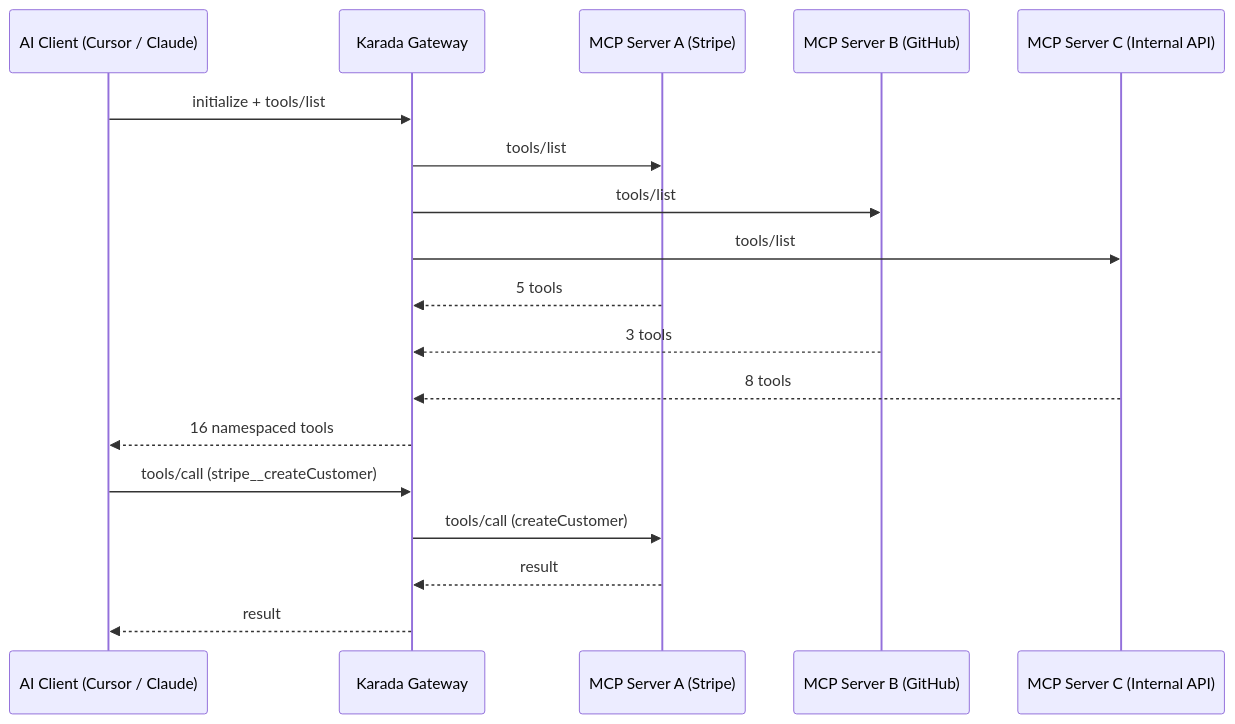
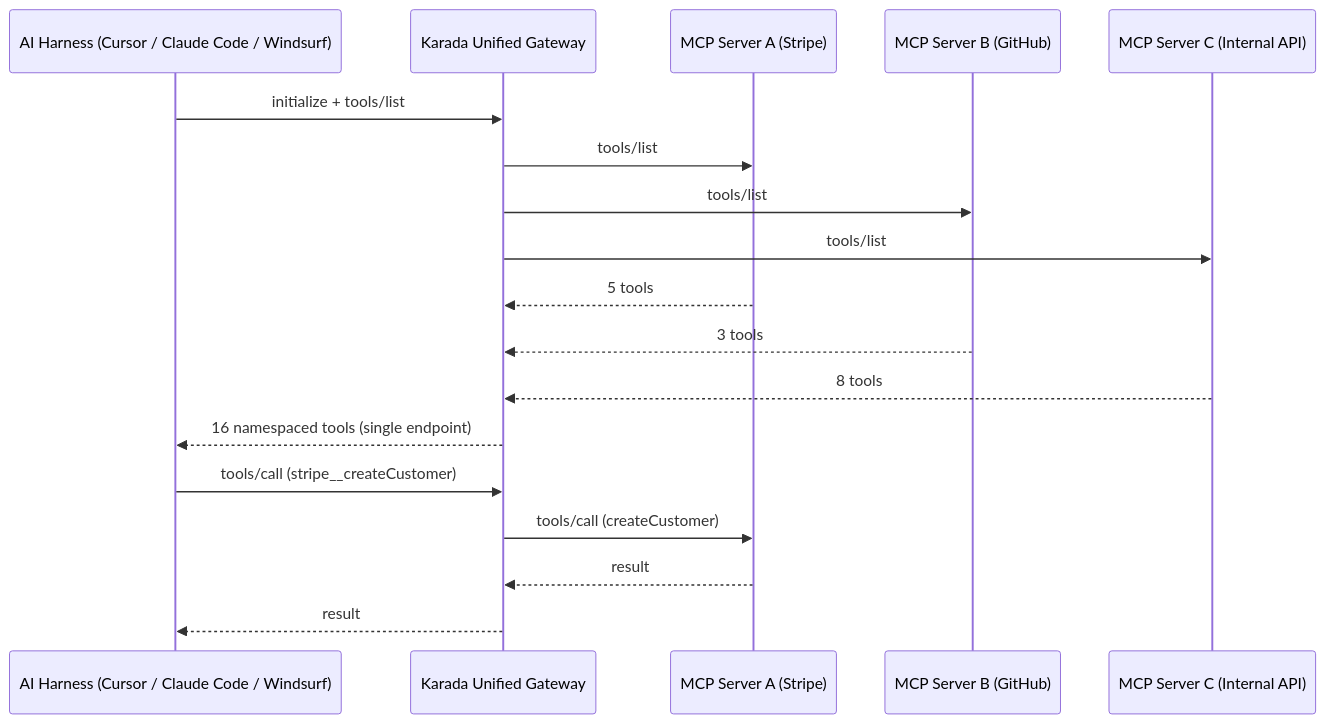
Before and after one commit to shashtag-ventures/karada-docs: the diagram in features/gateway.mdx, drawn with Mermaid. The commit also changed other lines of this file and 9 other files, not shown here.

Commit message:
feat(docs): update documentation architecture, navigation, and feature guides to 4-layer ecosystem platform

````diff
--- a/features/gateway.mdx
+++ b/features/gateway.mdx
@@ -16,21 +17,21 @@
 ```mermaid
 sequenceDiagram
-    participant AI as AI Client (Cursor / Claude)
-    participant GW as Karada Gateway
+    participant AI as AI Harness (Cursor / Claude Code / Windsurf)
+    participant GW as Karada Unified Gateway
     participant MCP1 as MCP Server A (Stripe)
     participant MCP2 as MCP Server B (GitHub)
     participant MCP3 as MCP Server C (Internal API)
 
     AI->>GW: initialize + tools/list
     GW->>MCP1: tools/list
     GW->>MCP2: tools/list
     GW->>MCP3: tools/list
     MCP1-->>GW: 5 tools
     MCP2-->>GW: 3 tools
     MCP3-->>GW: 8 tools
-    GW-->>AI: 16 namespaced tools
+    GW-->>AI: 16 namespaced tools (single endpoint)
     AI->>GW: tools/call (stripe__createCustomer)
     GW->>MCP1: tools/call (createCustomer)
     MCP1-->>GW: result
     GW-->>AI: result
 ```
````
